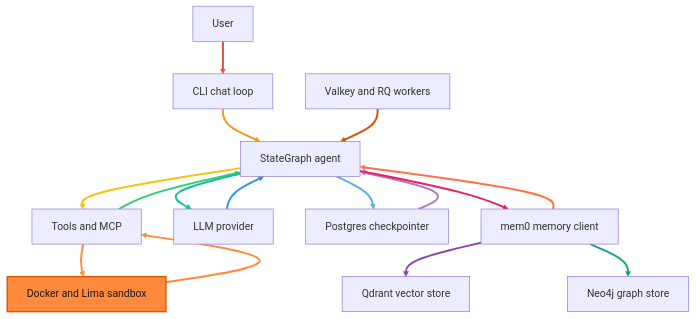
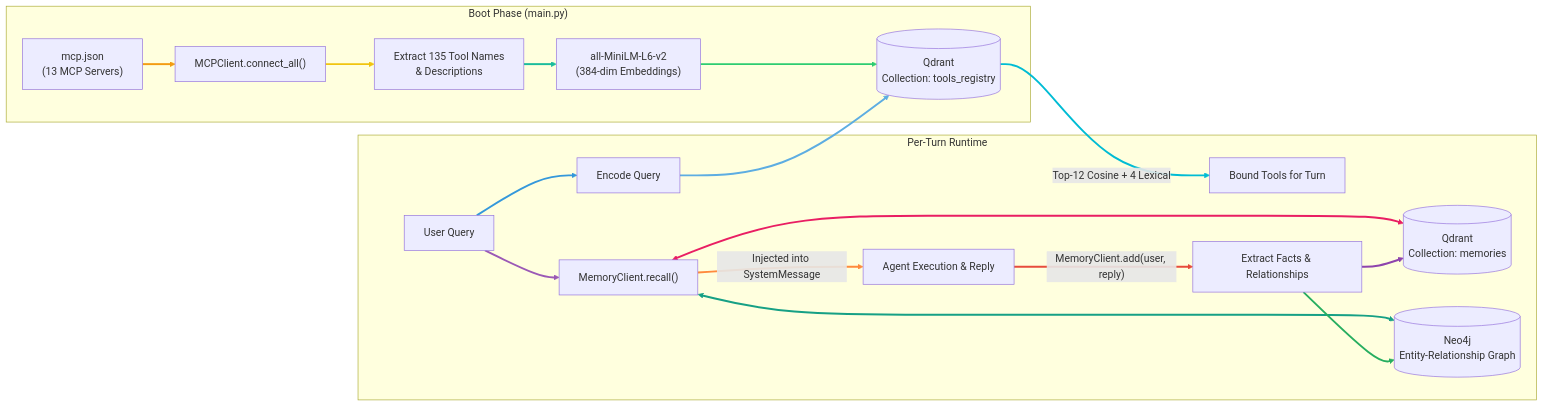
The third of 3 diagrams in README.md (The-Tourist-170/darwin), drawn with Mermaid before and after one commit. The commit also changed other lines of this file and 2 other files, not shown here.

````diff
--- a/README.md
+++ b/README.md
@@ -111,37 +216,38 @@
 ```mermaid
-graph TD;
-    User[User] --> Chat[CLI chat loop];
-    Chat --> Agent[StateGraph agent];
-    Agent --> Tools[Tools and MCP];
-    Tools --> Agent;
-    Agent --> LLM[LLM provider];
-    LLM --> Agent;
-    Agent --> Postgres[Postgres checkpointer];
-    Postgres --> Agent;
-    Agent --> Memory[mem0 memory client];
-    Memory --> Agent;
-    Memory --> Qdrant[Qdrant vector store];
-    Memory --> Neo4j[Neo4j graph store];
-    Valkey[Valkey and RQ workers] --> Agent;
-    Tools --> Sandbox[Docker and Lima sandbox];
-    Sandbox --> Tools;
+flowchart LR
+    subgraph Boot["Boot Phase (main.py)"]
+        MCPJson["mcp.json<br/>(13 MCP Servers)"] --> Connect["MCPClient.connect_all()"]
+        Connect --> Schemas["Extract 135 Tool Names<br/>& Descriptions"]
+        Schemas --> EmbedBoot["all-MiniLM-L6-v2<br/>(384-dim Embeddings)"]
+        EmbedBoot --> QdrantTools[("Qdrant<br/>Collection: tools_registry")]
+    end
 
-    classDef sandbox fill:#ff8a3d,stroke:#d35400,color:#1a1a1a,stroke-width:2px;
+    subgraph Runtime["Per-Turn Runtime"]
+        UserMsg["User Query"] --> EmbedQuery["Encode Query"]
+        EmbedQuery --> QdrantTools
+        QdrantTools -->|"Top-12 Cosine + 4 Lexical"| BoundTools["Bound Tools for Turn"]
 
-    linkStyle 0 stroke:#e74c3c,stroke-width:3px;
-    linkStyle 1 stroke:#f39c12,stroke-width:3px;
-    linkStyle 2 stroke:#f1c40f,stroke-width:3px;
+        UserMsg --> MemRecall["MemoryClient.recall()"]
+        MemRecall <--> QdrantMem[("Qdrant<br/>Collection: memories")]
+        MemRecall <--> Neo4jGraph[("Neo4j<br/>Entity-Relationship Graph")]
+        MemRecall -->|"Injected into SystemMessage"| AgentReply["Agent Execution & Reply"]
+        AgentReply -->|"MemoryClient.add(user, reply)"| MemWrite["Extract Facts & Relationships"]
+        MemWrite --> QdrantMem
+        MemWrite --> Neo4jGraph
+    end
+
+    linkStyle 0 stroke:#f39c12,stroke-width:3px;
+    linkStyle 1 stroke:#f1c40f,stroke-width:3px;
+    linkStyle 2 stroke:#1abc9c,stroke-width:3px;
     linkStyle 3 stroke:#2ecc71,stroke-width:3px;
-    linkStyle 4 stroke:#1abc9c,stroke-width:3px;
-    linkStyle 5 stroke:#3498db,stroke-width:3px;
-    linkStyle 6 stroke:#5dade2,stroke-width:3px;
-    linkStyle 7 stroke:#af7ac5,stroke-width:3px;
+    linkStyle 4 stroke:#3498db,stroke-width:3px;
+    linkStyle 5 stroke:#5dade2,stroke-width:3px;
+    linkStyle 6 stroke:#00bcd4,stroke-width:3px;
+    linkStyle 7 stroke:#9b59b6,stroke-width:3px;
     linkStyle 8 stroke:#e91e63,stroke-width:3px;
-    linkStyle 9 stroke:#ff7043,stroke-width:3px;
-    linkStyle 10 stroke:#8e44ad,stroke-width:3px;
-    linkStyle 11 stroke:#16a085,stroke-width:3px;
-    linkStyle 12 stroke:#d35400,stroke-width:3px;
-    linkStyle 13 stroke:#ff8a3d,stroke-width:3px;
-    linkStyle 14 stroke:#ff8a3d,stroke-width:3px;
-    class Sandbox sandbox;
+    linkStyle 9 stroke:#16a085,stroke-width:3px;
+    linkStyle 10 stroke:#ff8a3d,stroke-width:3px;
+    linkStyle 11 stroke:#e74c3c,stroke-width:3px;
+    linkStyle 12 stroke:#8e44ad,stroke-width:3px;
+    linkStyle 13 stroke:#27ae60,stroke-width:3px;
 ```
````
